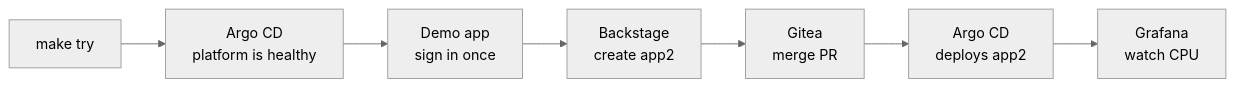
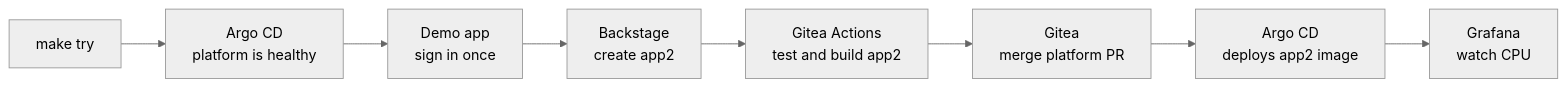
One commit to yu-min3/kensan-lab changed the first of 3 diagrams in docs/getting-started/try-it-with-kind.md. Above: the diagram before and after it, drawn with Mermaid (neutral theme). The commit also changed other lines of this file and 12 other files, not shown here.

````diff
--- a/docs/getting-started/try-it-with-kind.md
+++ b/docs/getting-started/try-it-with-kind.md
@@ -8,9 +8,10 @@
 ```mermaid
 flowchart LR
     A[make try] --> B[Argo CD<br/>platform is healthy]
     B --> C[Demo app<br/>sign in once]
     C --> D[Backstage<br/>create app2]
-    D --> E[Gitea<br/>merge PR]
-    E --> F[Argo CD<br/>deploys app2]
-    F --> G[Grafana<br/>watch CPU]
+    D --> E[Gitea Actions<br/>test and build app2]
+    E --> F[Gitea<br/>merge platform PR]
+    F --> G[Argo CD<br/>deploys app2 image]
+    G --> H[Grafana<br/>watch CPU]
 ```
````
